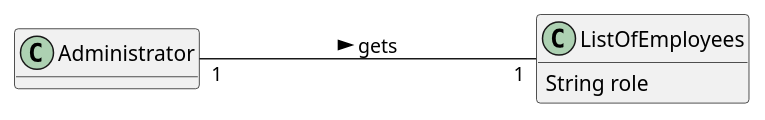
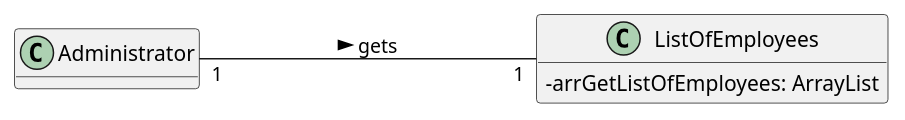
One commit to Pirussa/lei-22-s2-1da-g02 changed the diagram in docs/SprintB/US011/US011_MD.puml. Above: the diagram before and after it, drawn with PlantUML. The commit also changed 4 other files, not shown here.

Commit message:
US011 - General updates in some of the documentation and diagrams previously done, and "Design - User Story Realization" topic developments.

```diff
--- a/docs/SprintB/US011/US011_MD.puml
+++ b/docs/SprintB/US011/US011_MD.puml
@@ -1,13 +1,14 @@
 @startuml
 
 hide methods
 left to right direction
+skinparam classAttributeIconSize 0
 
 class Administrator
 class ListOfEmployees {
-String role
+-arrGetListOfEmployees: ArrayList
 }
 
 Administrator "1" ---- "1" ListOfEmployees : gets >
 
 @enduml
```
